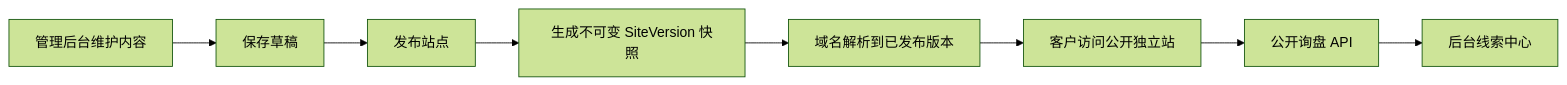
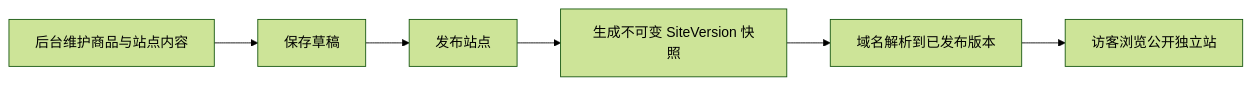
The second of 2 diagrams in ARCHITECTURE.md (mercivo/admin), drawn with Mermaid (forest theme) before and after one commit. The commit also changed other lines of this file and 146 other files, not shown here.

````diff
--- a/ARCHITECTURE.md
+++ b/ARCHITECTURE.md
@@ -69,10 +60,8 @@
 ```mermaid
 flowchart LR
-  A[管理后台维护内容] --> B[保存草稿]
+  A[后台维护商品与站点内容] --> B[保存草稿]
   B --> C[发布站点]
   C --> D[生成不可变 SiteVersion 快照]
   D --> E[域名解析到已发布版本]
-  E --> F[客户访问公开独立站]
-  F --> G[公开询盘 API]
-  G --> H[后台线索中心]
+  E --> F[访客浏览公开独立站]
 ```
````
